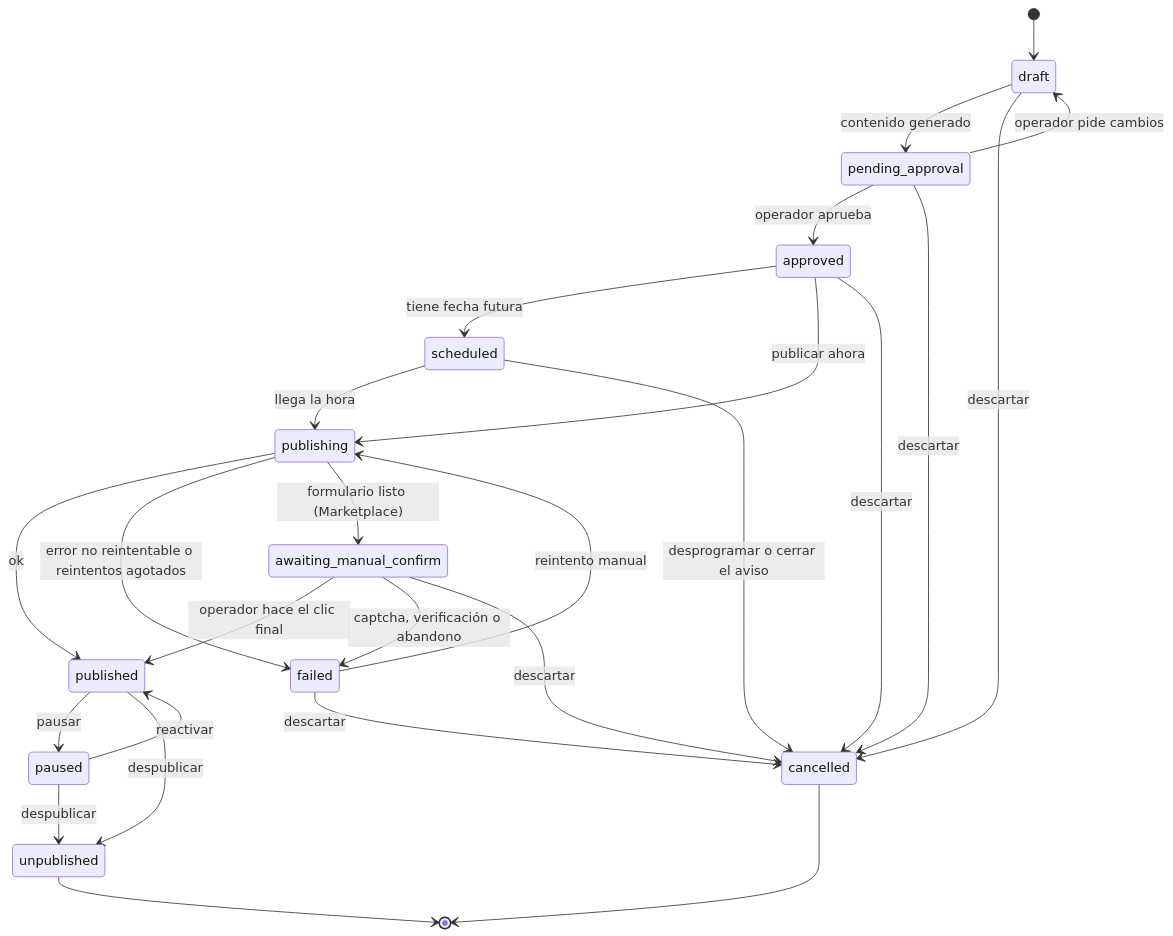
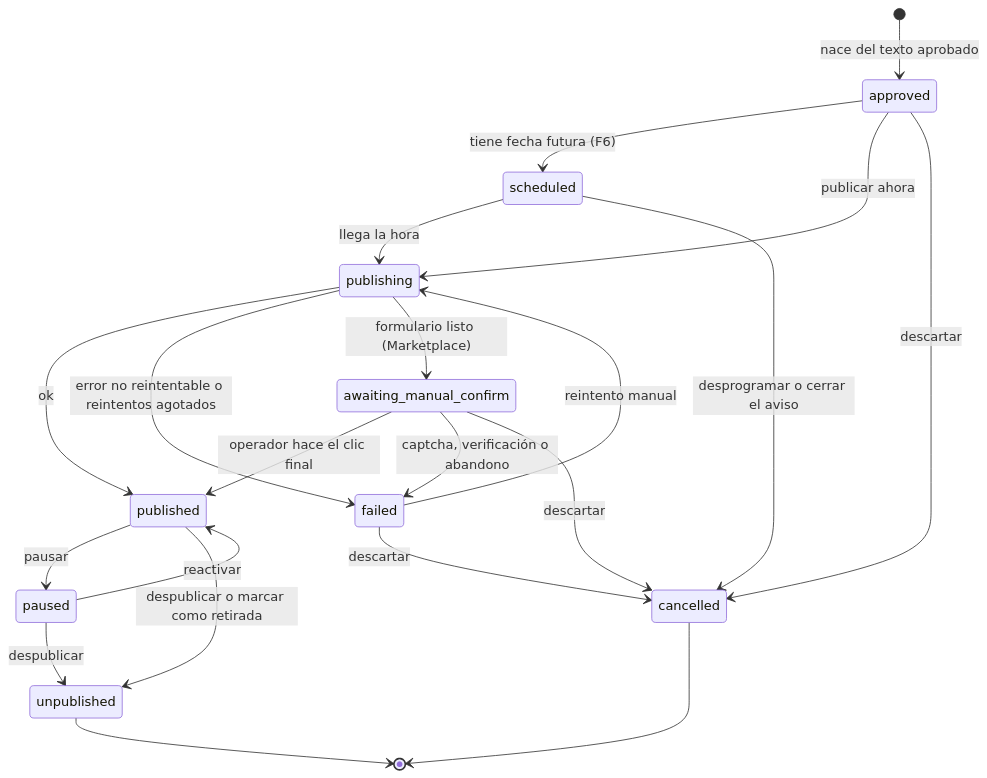
Before and after one commit to vicentewolde/AgentSales: the second of 2 diagrams in docs/01-arquitectura.md, drawn with Mermaid. The commit also changed other lines of this file and 13 other files, not shown here.

````diff
--- a/docs/01-arquitectura.md
+++ b/docs/01-arquitectura.md
@@ -156,28 +166,23 @@
 ```mermaid
 stateDiagram-v2
-  [*] --> draft
-  draft --> pending_approval: contenido generado
-  pending_approval --> approved: operador aprueba
-  pending_approval --> draft: operador pide cambios
-  approved --> scheduled: tiene fecha futura
+  [*] --> approved: nace del texto aprobado
+  approved --> scheduled: tiene fecha futura (F6)
   approved --> publishing: publicar ahora
   scheduled --> publishing: llega la hora
   publishing --> published: ok
   publishing --> failed: error no reintentable o reintentos agotados
   failed --> publishing: reintento manual
   published --> paused: pausar
   paused --> published: reactivar
-  published --> unpublished: despublicar
+  published --> unpublished: despublicar o marcar como retirada
   paused --> unpublished: despublicar
   publishing --> awaiting_manual_confirm: formulario listo (Marketplace)
   awaiting_manual_confirm --> published: operador hace el clic final
   awaiting_manual_confirm --> failed: captcha, verificación o abandono
   unpublished --> [*]
-  draft --> cancelled: descartar
-  pending_approval --> cancelled: descartar
   approved --> cancelled: descartar
   scheduled --> cancelled: desprogramar o cerrar el aviso
   failed --> cancelled: descartar
   awaiting_manual_confirm --> cancelled: descartar
   cancelled --> [*]
 ```
````
